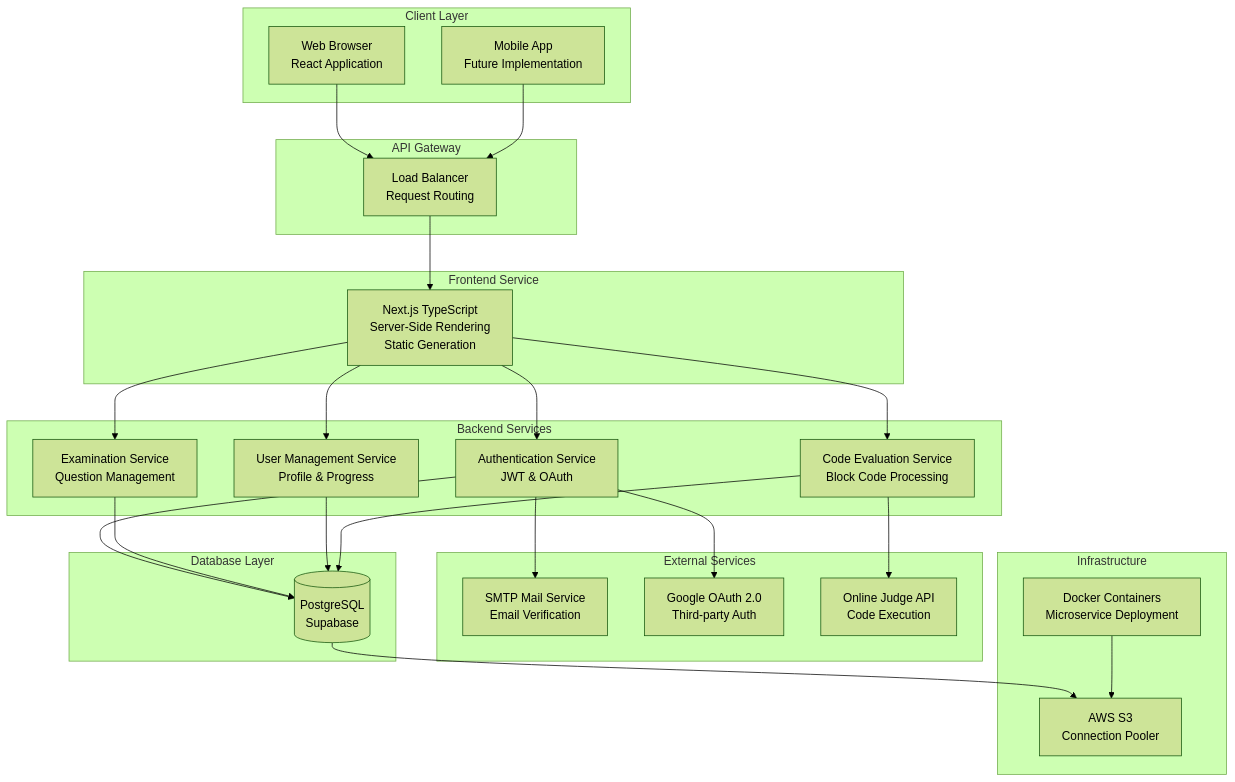
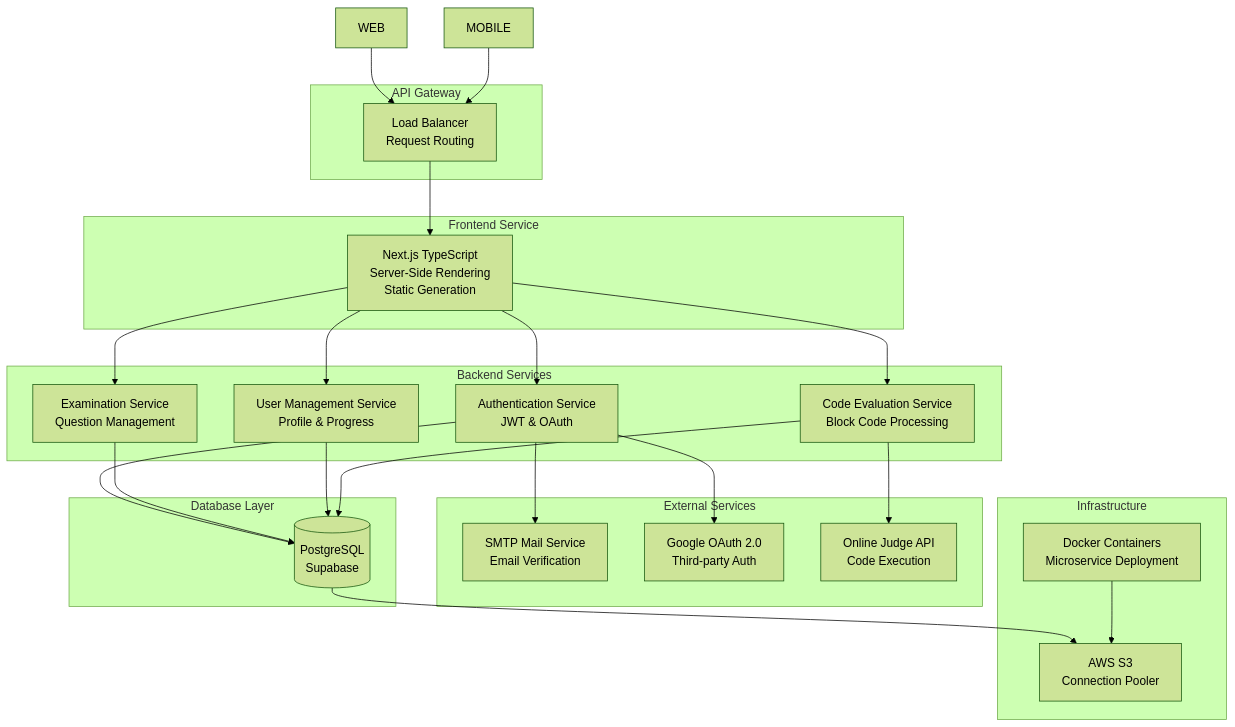
One commit to abdanhafidz/pweb-eas changed the first of 9 diagrams in README.md. Above: the diagram before and after it, drawn with Mermaid (forest theme).

````diff
--- a/README.md
+++ b/README.md
@@ -33,57 +33,50 @@
 ```mermaid
 graph TB
-    subgraph "Client Layer"
-        WEB[Web Browser<br/>React Application]
-        MOBILE[Mobile App<br/>Future Implementation]
+    subgraph "Frontend Service"
+        FE[Next.js TypeScript<br/>Server-Side Rendering<br/>Static Generation]
     end
-    
     subgraph "API Gateway"
         GATEWAY[Load Balancer<br/>Request Routing]
     end
-    
-    subgraph "Frontend Service"
-        FE[Next.js TypeScript<br/>Server-Side Rendering<br/>Static Generation]
-    end
-    
     subgraph "Backend Services"
         AUTH[Authentication Service<br/>JWT & OAuth]
         EXAM[Examination Service<br/>Question Management]
         USER[User Management Service<br/>Profile & Progress]
         EVAL[Code Evaluation Service<br/>Block Code Processing]
     end
     
     subgraph "Database Layer"
         POSTGRES[(PostgreSQL<br/>Supabase)]
     end
     
     subgraph "External Services"
         MAIL[SMTP Mail Service<br/>Email Verification]
         OAUTH[Google OAuth 2.0<br/>Third-party Auth]
         JUDGE[Online Judge API<br/>Code Execution]
     end
     
     subgraph "Infrastructure"
         AWS[AWS S3<br/>Connection Pooler]
         DOCKER[Docker Containers<br/>Microservice Deployment]
     end
     
     WEB --> GATEWAY
     MOBILE --> GATEWAY
     GATEWAY --> FE
     FE --> AUTH
     FE --> EXAM
     FE --> USER
     FE --> EVAL
     
     AUTH --> POSTGRES
     EXAM --> POSTGRES
     USER --> POSTGRES
     EVAL --> POSTGRES
     
     AUTH --> MAIL
     AUTH --> OAUTH
     EVAL --> JUDGE
     
     POSTGRES --> AWS
     DOCKER --> AWS
 ```
````
